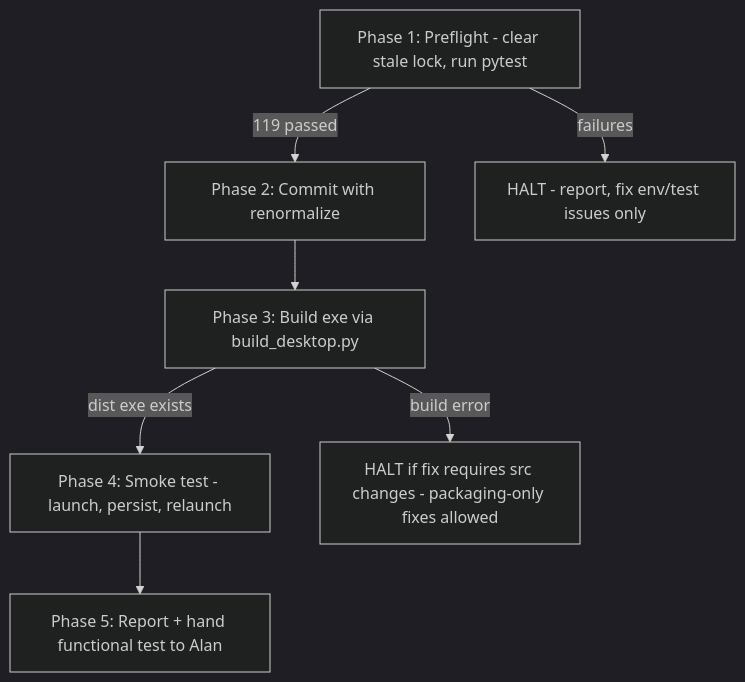
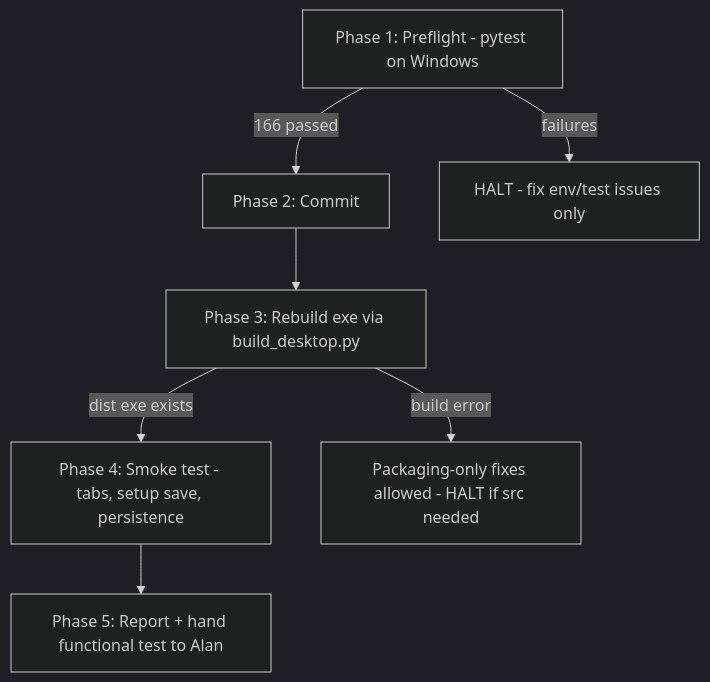
The diagram in working/PROMPT_commit_build_smoketest.md (GhengisPliskin/Ebay-Lister-Bridge), drawn with Mermaid (dark theme) before and after one commit. The commit also changed other lines of this file and 8 other files, not shown here.

````diff
--- a/working/PROMPT_commit_build_smoketest.md
+++ b/working/PROMPT_commit_build_smoketest.md
@@ -24,9 +21,9 @@
 ```mermaid
 flowchart TD
-    A[Phase 1: Preflight - clear stale lock, run pytest] -->|119 passed| B[Phase 2: Commit with renormalize]
-    A -->|failures| H1[HALT - report, fix env/test issues only]
-    B --> C[Phase 3: Build exe via build_desktop.py]
-    C -->|dist exe exists| D[Phase 4: Smoke test - launch, persist, relaunch]
-    C -->|build error| H2[HALT if fix requires src changes - packaging-only fixes allowed]
+    A[Phase 1: Preflight - pytest on Windows] -->|166 passed| B[Phase 2: Commit]
+    A -->|failures| H1[HALT - fix env/test issues only]
+    B --> C[Phase 3: Rebuild exe via build_desktop.py]
+    C -->|dist exe exists| D[Phase 4: Smoke test - tabs, setup save, persistence]
+    C -->|build error| H2[Packaging-only fixes allowed - HALT if src needed]
     D --> E[Phase 5: Report + hand functional test to Alan]
 ```
````
